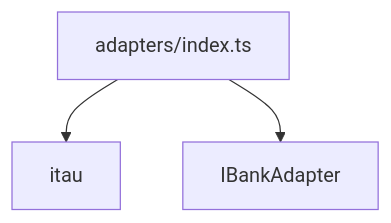
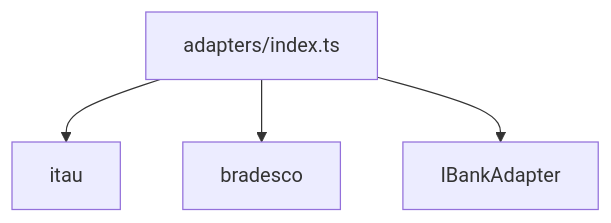
One commit to linkiez/BoletoSDK changed the diagram in src/adapters/index.doc.md. Above: the diagram before and after it, drawn with Mermaid. The commit also changed other lines of this file and 31 other files, not shown here.

Commit message:
feat: add Bradesco adapter stack and documentation

````diff
--- a/src/adapters/index.doc.md
+++ b/src/adapters/index.doc.md
@@ -26,5 +27,6 @@
 ```mermaid
 flowchart TD
   A[adapters/index.ts] --> B[itau]
-  A --> C[IBankAdapter]
+  A --> C[bradesco]
+  A --> D[IBankAdapter]
 ```
````
